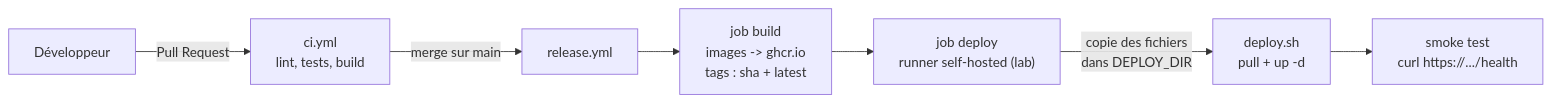
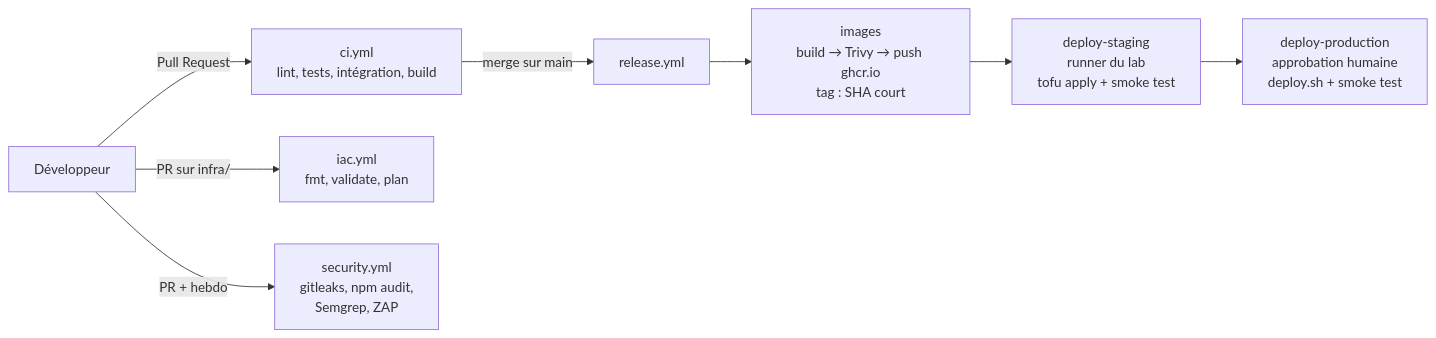
Before and after one commit to Foreach-Academy-France/formation-cda-devops: the second of 2 diagrams in tp/fil-rouge-taskflow/solution/docs/ARCHITECTURE.md, drawn with Mermaid. The commit also changed other lines of this file and 226 other files, not shown here.

````diff
--- a/tp/fil-rouge-taskflow/solution/docs/ARCHITECTURE.md
+++ b/tp/fil-rouge-taskflow/solution/docs/ARCHITECTURE.md
@@ -38,9 +38,10 @@
 ```mermaid
 flowchart LR
-    Dev["Développeur"] -->|"Pull Request"| CI["ci.yml<br/>lint, tests, build"]
+    Dev["Développeur"] -->|"Pull Request"| CI["ci.yml<br/>lint, tests, intégration, build"]
+    Dev -->|"PR sur infra/"| IAC["iac.yml<br/>fmt, validate, plan"]
+    Dev -->|"PR + hebdo"| SEC["security.yml<br/>gitleaks, npm audit,<br/>Semgrep, ZAP"]
     CI -->|"merge sur main"| R["release.yml"]
-    R --> B["job build<br/>images -> ghcr.io<br/>tags : sha + latest"]
-    B --> DP["job deploy<br/>runner self-hosted (lab)"]
-    DP -->|"copie des fichiers<br/>dans DEPLOY_DIR"| S["deploy.sh<br/>pull + up -d"]
-    S --> SM["smoke test<br/>curl https://.../health"]
+    R --> B["images<br/>build → Trivy → push ghcr.io<br/>tag : SHA court"]
+    B --> ST["deploy-staging<br/>runner du lab<br/>tofu apply + smoke test"]
+    ST --> PR["deploy-production<br/>approbation humaine<br/>deploy.sh + smoke test"]
 ```
````
